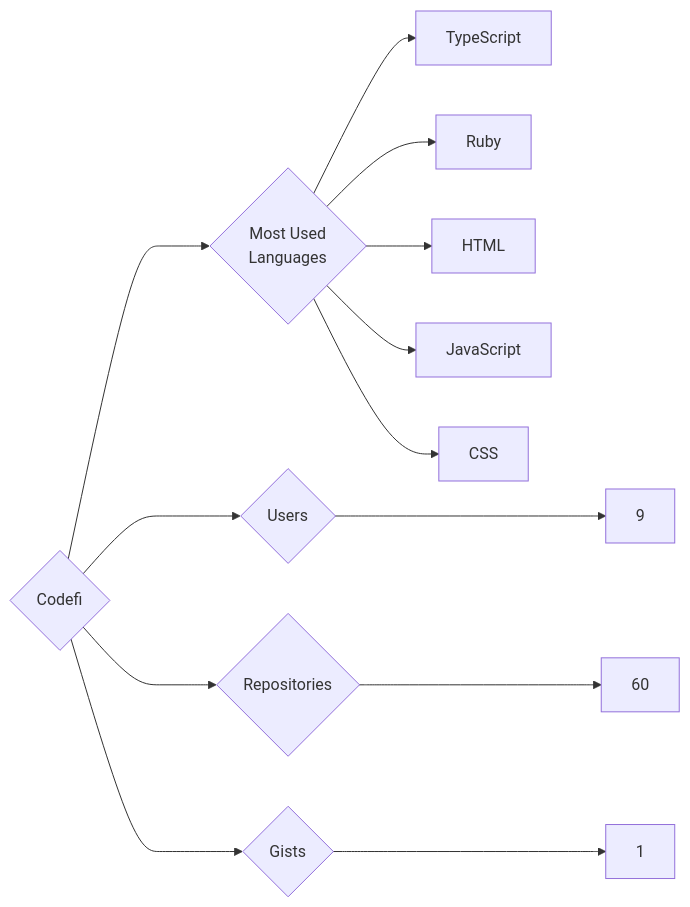
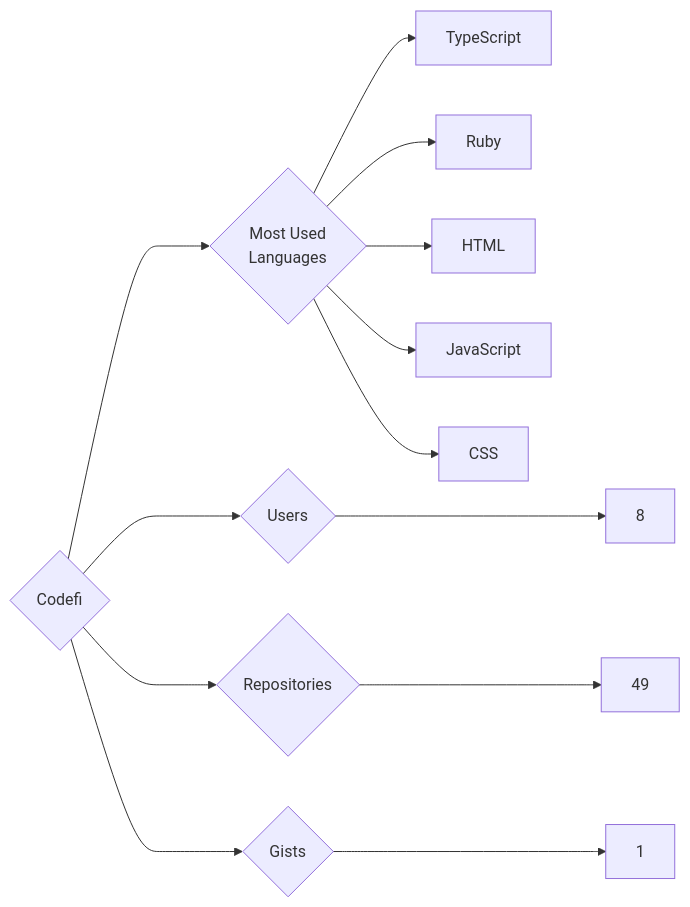
One commit to trickest/insiders changed the diagram in targets/Codefi/README.md. Above: the diagram before and after it, drawn with Mermaid. The commit also changed 857 other files, not shown here.

````diff
--- a/targets/Codefi/README.md
+++ b/targets/Codefi/README.md
@@ -3,13 +3,13 @@
 ```mermaid
 graph LR
 COMPANY_NAME{Codefi}
-COMPANY_NAME ---> U{Users} ---> UN[9]
-COMPANY_NAME ---> R{Repositories} ---> RN[60]
+COMPANY_NAME ---> U{Users} ---> UN[8]
+COMPANY_NAME ---> R{Repositories} ---> RN[49]
 COMPANY_NAME ---> G{Gists} ---> GN[1]
 COMPANY_NAME ---> ML{Most Used<br>Languages}
 ML --> TypeScript[TypeScript]
 ML --> Ruby[Ruby]
 ML --> HTML[HTML]
 ML --> JavaScript[JavaScript]
 ML --> CSS[CSS]
 ```
````
